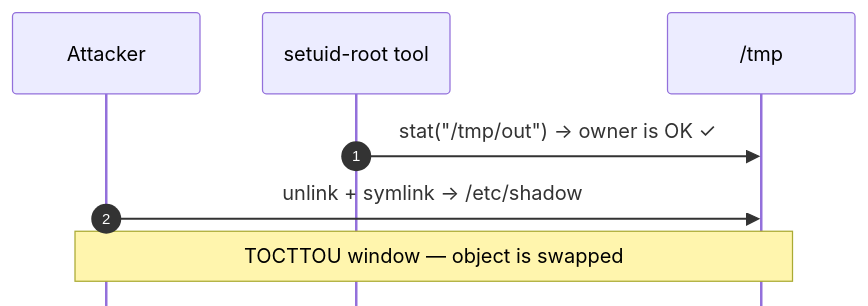
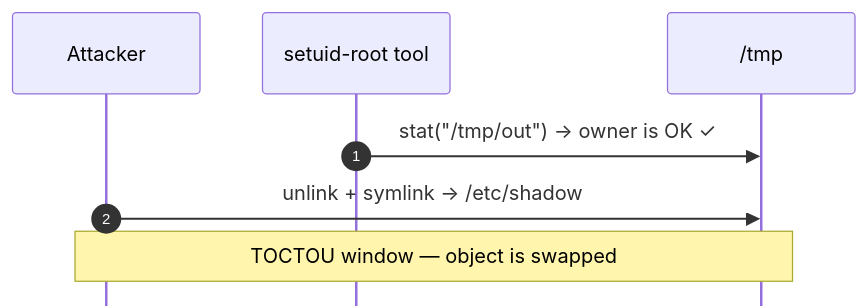
The third of 10 diagrams in lectures/04-acl/slides.md (cs-pub-ro/ISC-lectures), drawn with Mermaid before and after one commit. The commit also changed other lines of this file, not shown here.

Commit message:
04-authorization: fix Mihai's TOCTOU slides & slidev compile bug

````diff
--- a/lectures/04-acl/slides.md
+++ b/lectures/04-acl/slides.md
@@ -374,12 +374,12 @@
 ```mermaid {theme: 'isc-cartoon', scale: 0.58}
 %%{init: { 'sequence': {'mirrorActors':false} } }%%
 sequenceDiagram
     autonumber
     participant A as Attacker
     participant P as setuid-root tool
     participant FS as /tmp
 
     P->>FS: stat("/tmp/out") → owner is OK ✓
     A->>FS: unlink + symlink → /etc/shadow
-    Note over A,FS: TOCTTOU window — object is swapped
+    Note over A,FS: TOCTOU window — object is swapped
 ```
````
